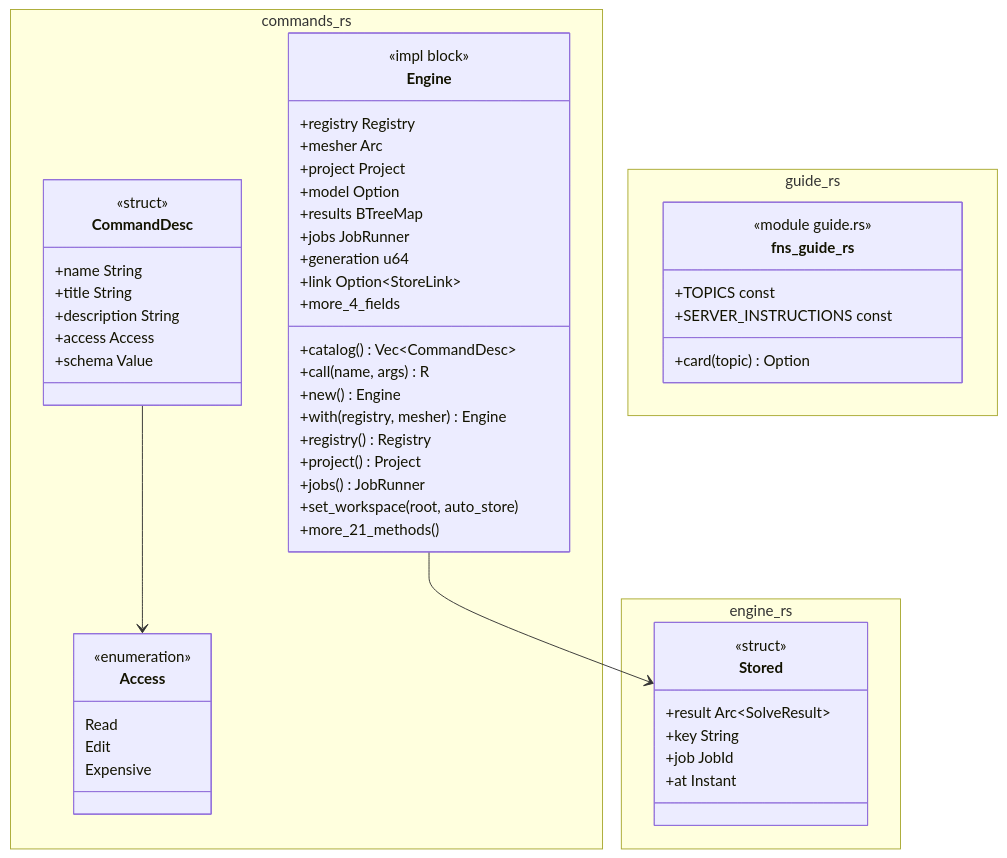
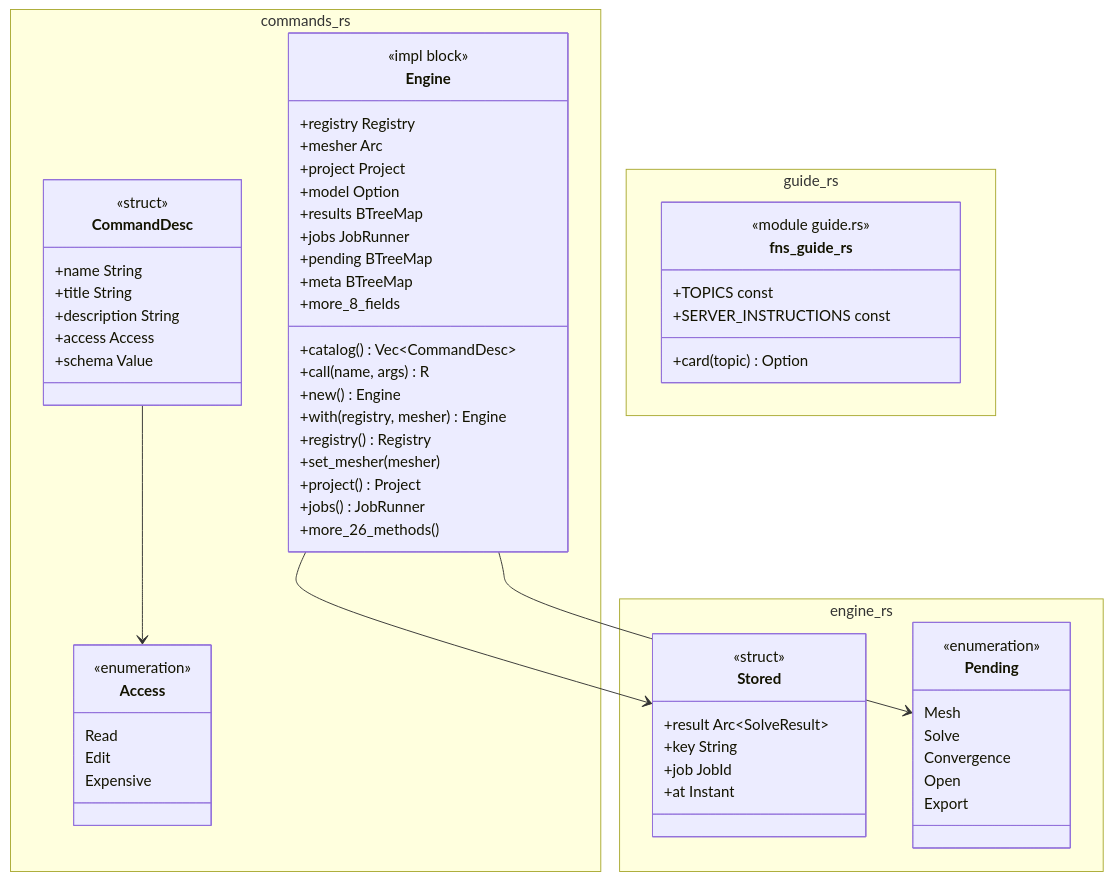
One commit to p-j-r/nyx changed the diagram in docs/architecture/c4/4-code/engine/commands.md. Above: the diagram before and after it, drawn with Mermaid. The commit also changed other lines of this file and 36 other files, not shown here.

````diff
--- a/docs/architecture/c4/4-code/engine/commands.md
+++ b/docs/architecture/c4/4-code/engine/commands.md
@@ -53,59 +53,68 @@
 ```mermaid
 classDiagram
   namespace commands_rs {
     class Access {
         <<enumeration>>
         Read
         Edit
         Expensive
     }
     class CommandDesc {
         <<struct>>
         +name String
         +title String
         +description String
         +access Access
         +schema Value
     }
     class Engine {
         <<impl block>>
         +registry Registry
         +mesher Arc
         +project Project
         +model Option
         +results BTreeMap
         +jobs JobRunner
-        +generation u64
-        +link Option~StoreLink~
-        +more_4_fields
+        +pending BTreeMap
+        +meta BTreeMap
+        +more_8_fields
         +catalog() Vec~CommandDesc~
         +call(name, args) R
         +new() Engine
         +with(registry, mesher) Engine
         +registry() Registry
+        +set_mesher(mesher)
         +project() Project
         +jobs() JobRunner
-        +set_workspace(root, auto_store)
-        +more_21_methods()
+        +more_26_methods()
     }
   }
   namespace engine_rs {
     class Stored {
         <<struct>>
         +result Arc~SolveResult~
         +key String
         +job JobId
         +at Instant
+    }
+    class Pending {
+        <<enumeration>>
+        Mesh
+        Solve
+        Convergence
+        Open
+        Export
     }
   }
   namespace guide_rs {
     class fns_guide_rs {
         <<module guide.rs>>
         +card(topic) Option
         +TOPICS const
         +SERVER_INSTRUCTIONS const
     }
   }
   CommandDesc --> Access
   Engine --> Stored
+  Engine --> Pending
 ```
````
